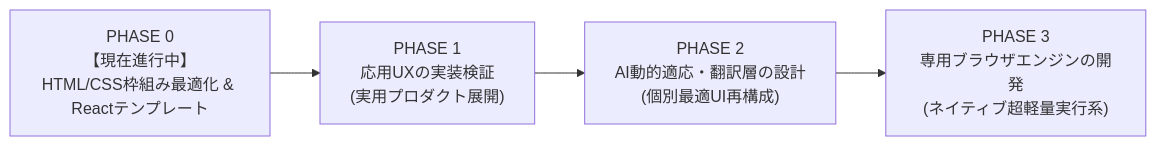
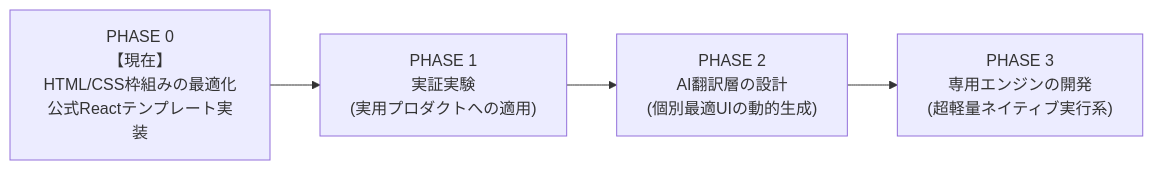
Before and after one commit to sixima-electric/sixima: the second of 2 diagrams in README-jp.md, drawn with Mermaid. The commit also changed other lines of this file, not shown here.

````diff
--- a/README-jp.md
+++ b/README-jp.md
@@ -133,8 +85,8 @@
 ```mermaid
 flowchart LR
-    P0["PHASE 0<br/>【現在進行中】<br/>HTML/CSS枠組み最適化 & Reactテンプレート"] 
-    --> P1["PHASE 1<br/>応用UXの実装検証<br/>(実用プロダクト展開)"]
-    --> P2["PHASE 2<br/>AI動的適応・翻訳層の設計<br/>(個別最適UI再構成)"] 
-    --> P3["PHASE 3<br/>専用ブラウザエンジンの開発<br/>(ネイティブ超軽量実行系)"]
+    P0["PHASE 0<br/>【現在】<br/>HTML/CSS枠組みの最適化<br/>公式Reactテンプレート実装"] 
+    --> P1["PHASE 1<br/>実証実験<br/>(実用プロダクトへの適用)"]
+    --> P2["PHASE 2<br/>AI翻訳層の設計<br/>(個別最適UIの動的生成)"] 
+    --> P3["PHASE 3<br/>専用エンジンの開発<br/>(超軽量ネイティブ実行系)"]
 
 ```
````
